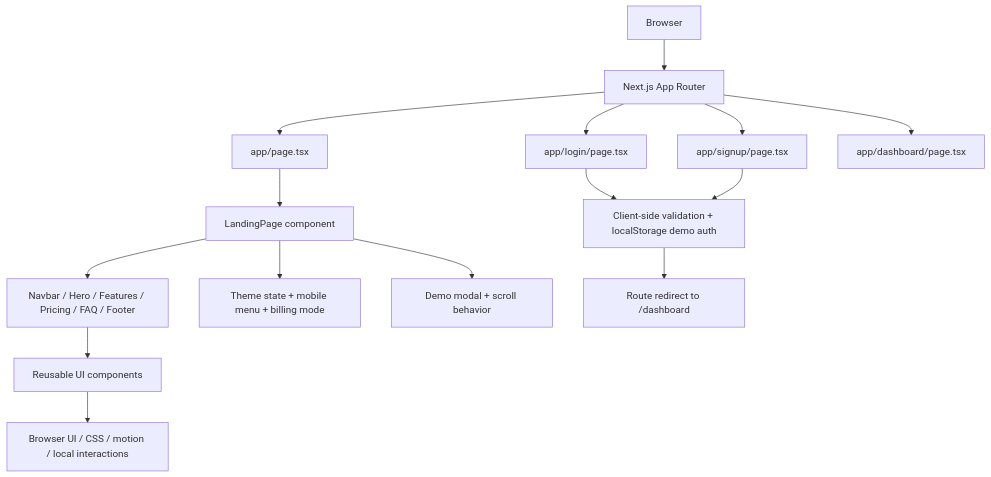
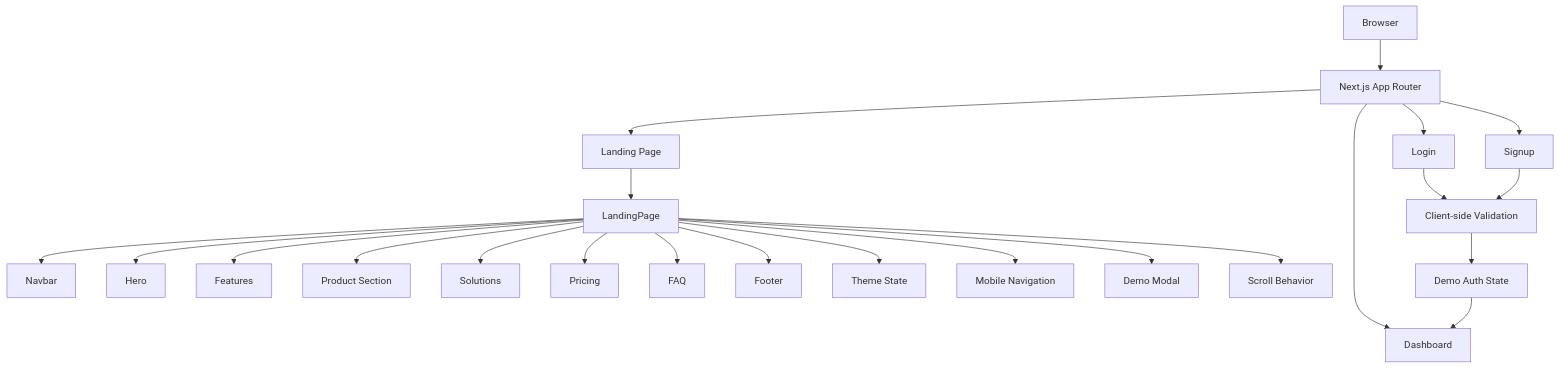
The diagram in README.md (codergautam900/nova-ai-productivity), drawn with Mermaid before and after one commit. The commit also changed other lines of this file and 2 other files, not shown here.

Commit message:
polish NOVA frontend with premium SaaS UX and demo auth flows

````diff
--- a/README.md
+++ b/README.md
@@ -64,20 +99,30 @@
 ```mermaid
 flowchart TD
     A[Browser] --> B[Next.js App Router]
-    B --> C[app/page.tsx]
-    B --> D[app/login/page.tsx]
-    B --> E[app/signup/page.tsx]
-    B --> F[app/dashboard/page.tsx]
 
-    C --> G[LandingPage component]
-    G --> H[Navbar / Hero / Features / Pricing / FAQ / Footer]
-    G --> I[Theme state + mobile menu + billing mode]
-    G --> J[Demo modal + scroll behavior]
+    B --> C[Landing Page]
+    B --> D[Login]
+    B --> E[Signup]
+    B --> F[Dashboard]
 
-    D --> K[Client-side validation + localStorage demo auth]
-    E --> K
-    K --> L[Route redirect to /dashboard]
+    C --> G[LandingPage]
+    G --> H[Navbar]
+    G --> I[Hero]
+    G --> J[Features]
+    G --> K[Product Section]
+    G --> L[Solutions]
+    G --> M[Pricing]
+    G --> N[FAQ]
+    G --> O[Footer]
 
-    H --> M[Reusable UI components]
-    M --> N[Browser UI / CSS / motion / local interactions]
+    G --> P[Theme State]
+    G --> Q[Mobile Navigation]
+    G --> R[Demo Modal]
+    G --> S[Scroll Behavior]
+
+    D --> T[Client-side Validation]
+    E --> T
+
+    T --> U[Demo Auth State]
+    U --> F
 ```
````
